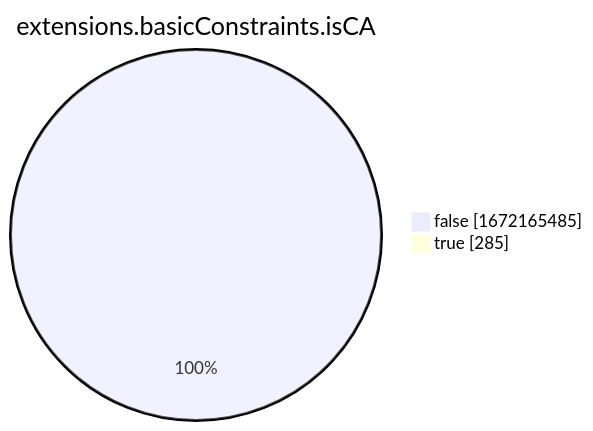
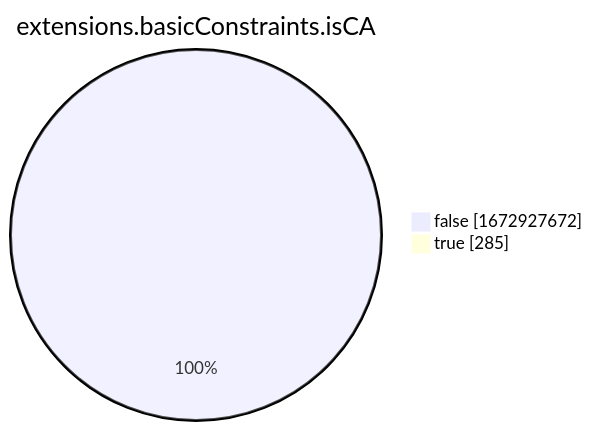
The eighth of 15 diagrams in xenon2022/README.md (christiankrug/ctmonitor_visualization), drawn with Mermaid before and after one commit. The commit also changed other lines of this file, not shown here.

````diff
--- a/xenon2022/README.md
+++ b/xenon2022/README.md
@@ -2865,6 +2865,6 @@
 ```mermaid
 pie showData
 title extensions.basicConstraints.isCA
-"false" :1672165485
+"false" :1672927672
 "true" :285
 ```
````
